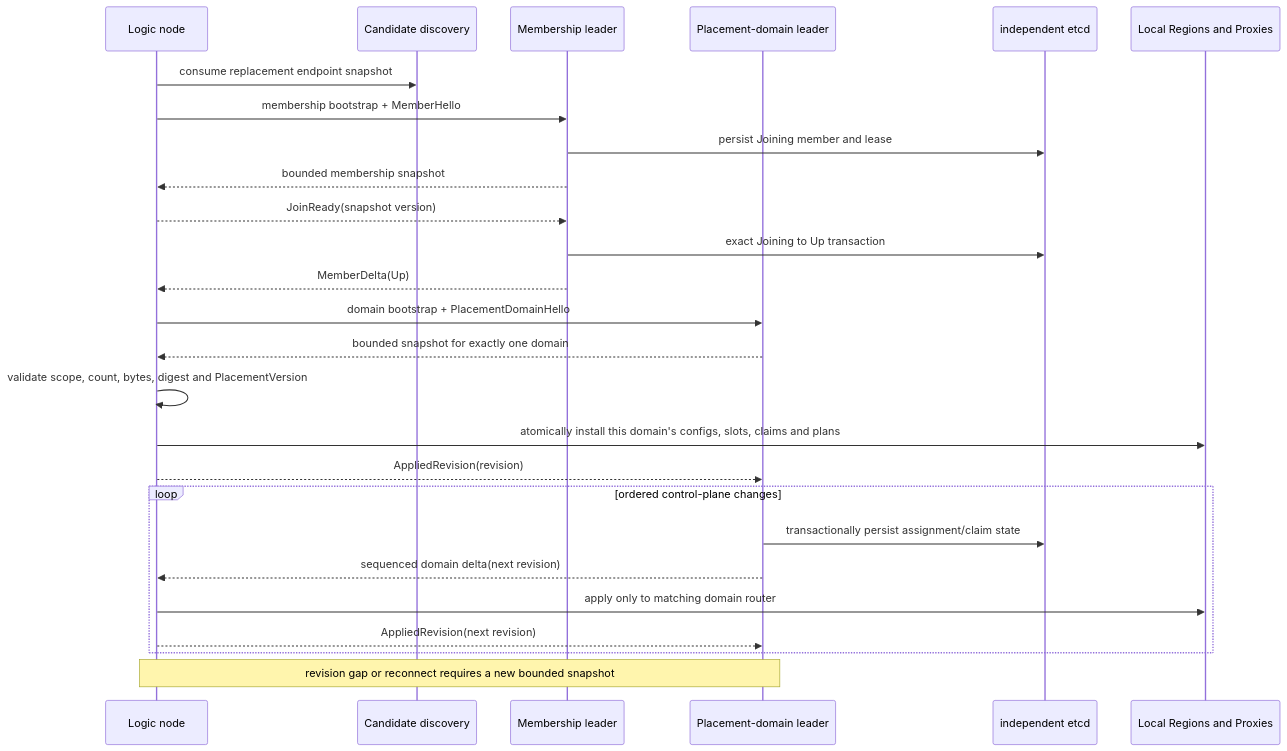
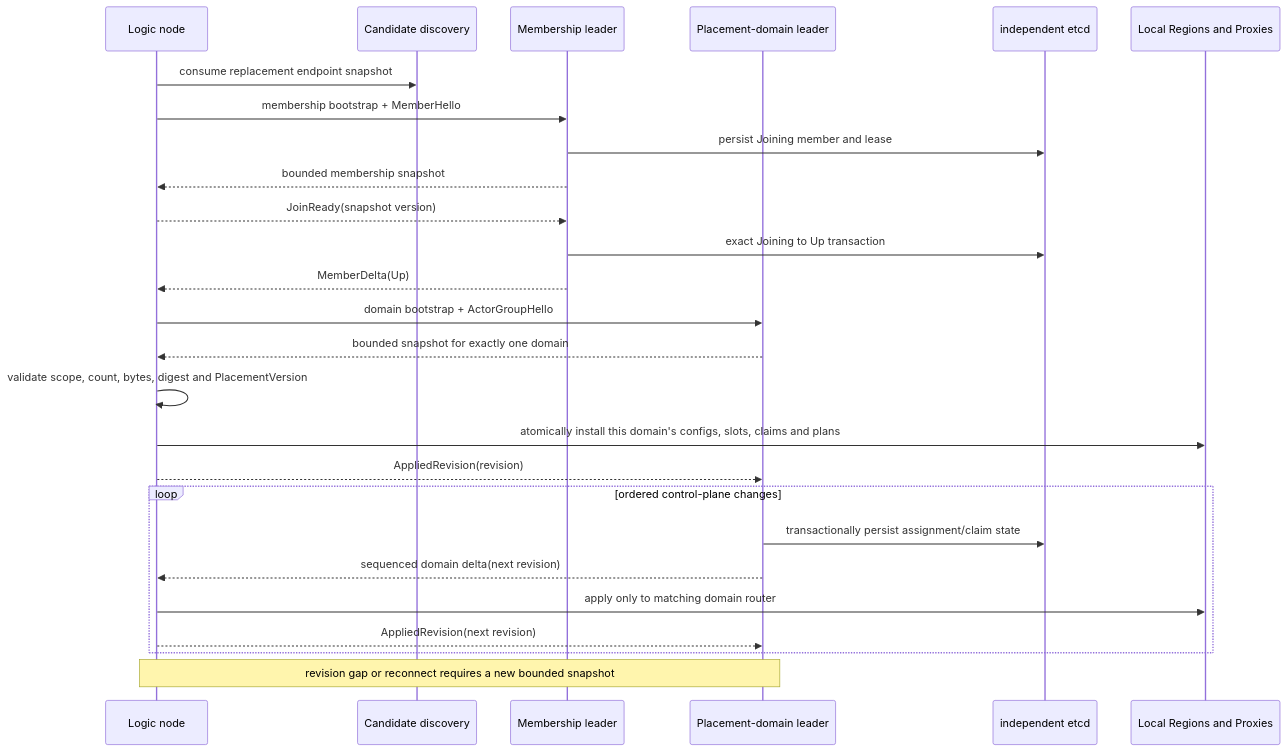
Before and after one commit to realm-labs/lattice: the fourth of 12 diagrams in docs/architecture/00-overview.md, drawn with Mermaid. The commit also changed other lines of this file and 258 other files, not shown here.

````diff
--- a/docs/architecture/00-overview.md
+++ b/docs/architecture/00-overview.md
@@ -351,31 +351,31 @@
 ```mermaid
 sequenceDiagram
     participant N as Logic node
     participant D as Candidate discovery
     participant M as Membership leader
     participant C as Placement-domain leader
     participant E as independent etcd
     participant R as Local Regions and Proxies
 
     N->>D: consume replacement endpoint snapshot
     N->>M: membership bootstrap + MemberHello
     M->>E: persist Joining member and lease
     M-->>N: bounded membership snapshot
     N-->>M: JoinReady(snapshot version)
     M->>E: exact Joining to Up transaction
     M-->>N: MemberDelta(Up)
-    N->>C: domain bootstrap + PlacementDomainHello
+    N->>C: domain bootstrap + ActorGroupHello
     C-->>N: bounded snapshot for exactly one domain
     N->>N: validate scope, count, bytes, digest and PlacementVersion
     N->>R: atomically install this domain's configs, slots, claims and plans
     N-->>C: AppliedRevision(revision)
 
     loop ordered control-plane changes
         C->>E: transactionally persist assignment/claim state
         C-->>N: sequenced domain delta(next revision)
         N->>R: apply only to matching domain router
         N-->>C: AppliedRevision(next revision)
     end
 
     Note over N,C: revision gap or reconnect requires a new bounded snapshot
 ```
````
